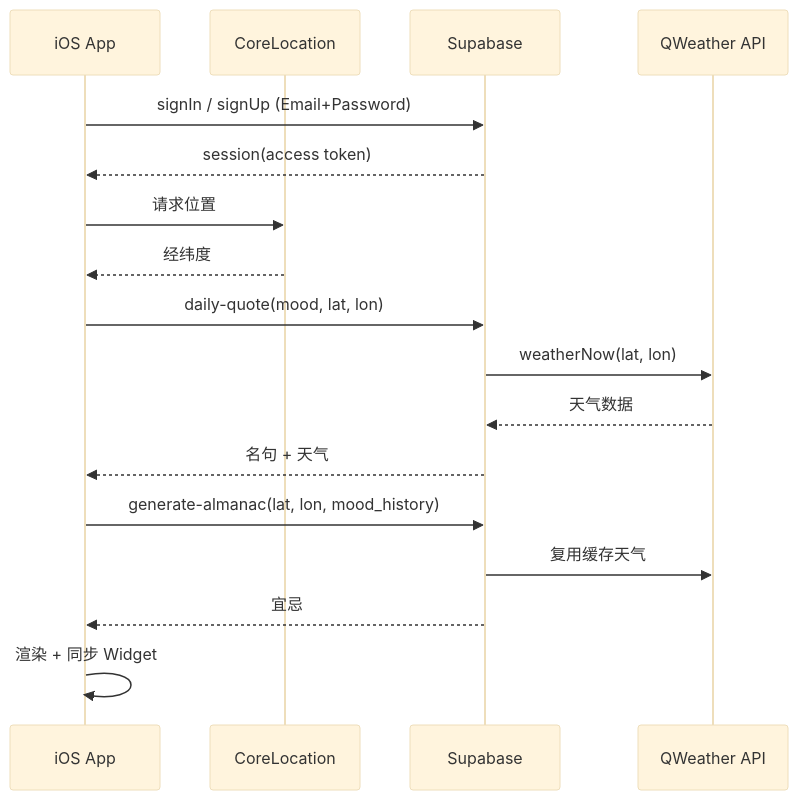
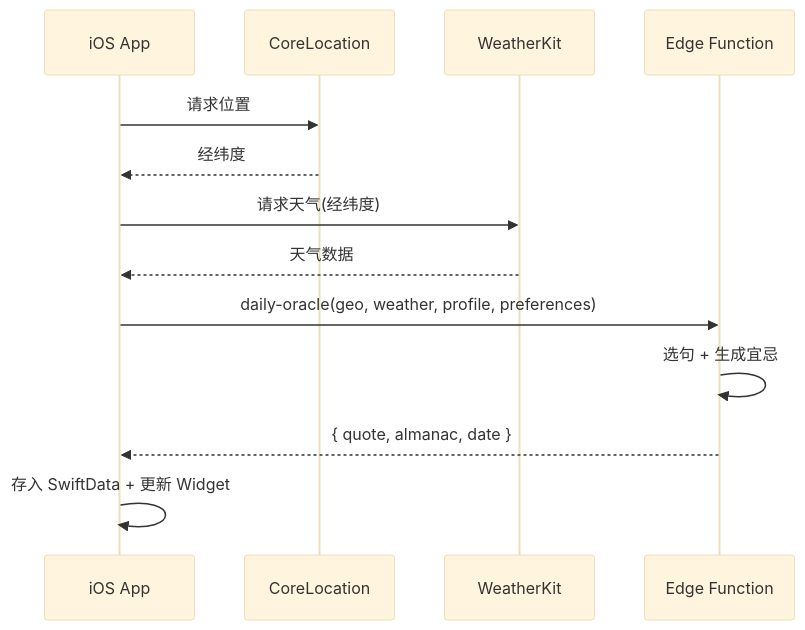
One commit to EvilIrving/daily-oracle changed the second of 3 diagrams in docs/architecture.md. Above: the diagram before and after it, drawn with Mermaid (base theme). The commit also changed other lines of this file and 11 other files, not shown here.

Commit message:
refactor(server): 以 daily-oracle 统一日签 Edge Function 并更新架构文档

````diff
--- a/docs/architecture.md
+++ b/docs/architecture.md
@@ -531,20 +565,16 @@
 ```mermaid
 sequenceDiagram
     participant App as iOS App
     participant CL as CoreLocation
-    participant Supa as Supabase
-    participant QW as QWeather API
+    participant WK as WeatherKit
+    participant Edge as Edge Function
 
-    App->>Supa: signIn / signUp (Email+Password)
-    Supa-->>App: session(access token)
     App->>CL: 请求位置
     CL-->>App: 经纬度
-    App->>Supa: daily-quote(mood, lat, lon)
-    Supa->>QW: weatherNow(lat, lon)
-    QW-->>Supa: 天气数据
-    Supa-->>App: 名句 + 天气
-    App->>Supa: generate-almanac(lat, lon, mood_history)
-    Supa->>QW: 复用缓存天气
-    Supa-->>App: 宜忌
-    App->>App: 渲染 + 同步 Widget
+    App->>WK: 请求天气(经纬度)
+    WK-->>App: 天气数据
+    App->>Edge: daily-oracle(geo, weather, profile, preferences)
+    Edge->>Edge: 选句 + 生成宜忌
+    Edge-->>App: { quote, almanac, date }
+    App->>App: 存入 SwiftData + 更新 Widget
 ```
````
